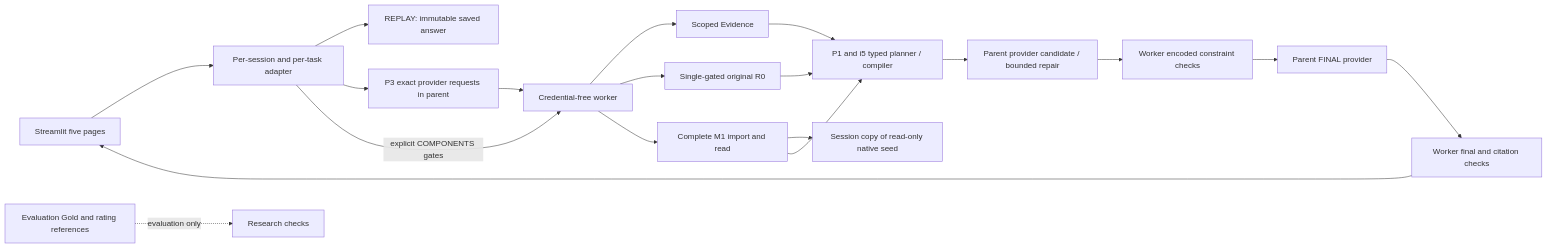
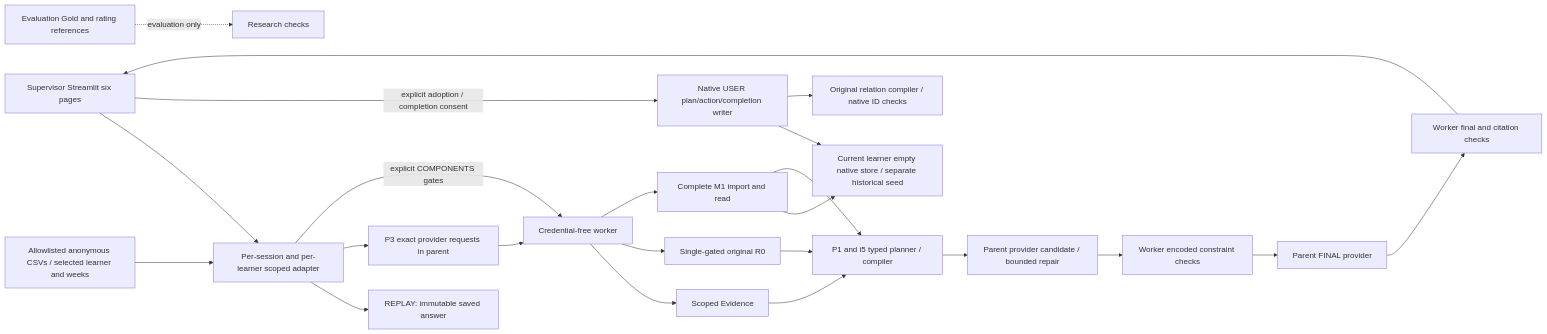
Before and after one commit to mingliu0408-design/learning-analytics-dashboard-assistant: the diagram in docs/ARCHITECTURE_G0_R1.md, drawn with Mermaid. The commit also changed other lines of this file and 27 other files, not shown here.

````diff
--- a/docs/ARCHITECTURE_G0_R1.md
+++ b/docs/ARCHITECTURE_G0_R1.md
@@ -3,21 +3,25 @@
 ```mermaid
 flowchart LR
- U[Streamlit five pages] --> S[Per-session and per-task adapter]
+ U[Supervisor Streamlit six pages] --> S[Per-session and per-learner scoped adapter]
+ D[Allowlisted anonymous CSVs / selected learner and weeks] --> S
  S --> R[REPLAY: immutable saved answer]
  S --> P[P3 exact provider requests in parent]
  P --> W[Credential-free worker]
  S -->|explicit COMPONENTS gates| W
  W --> E[Scoped Evidence]
  W --> G[Single-gated original R0]
  W --> M[Complete M1 import and read]
- M --> DB[Session copy of read-only native seed]
+ M --> DB[Current learner empty native store / separate historical seed]
  E --> C[P1 and i5 typed planner / compiler]
  G --> C
  M --> C
  C --> A[Parent provider candidate / bounded repair]
  A --> V[Worker encoded constraint checks]
  V --> F[Parent FINAL provider]
  F --> K[Worker final and citation checks]
  K --> U
+ U -->|explicit adoption / completion consent| T[Native USER plan/action/completion writer]
+ T --> DB
+ T --> L[Original relation compiler / native ID checks]
  Q[Evaluation Gold and rating references] -. evaluation only .-> X[Research checks]
 ```
````
